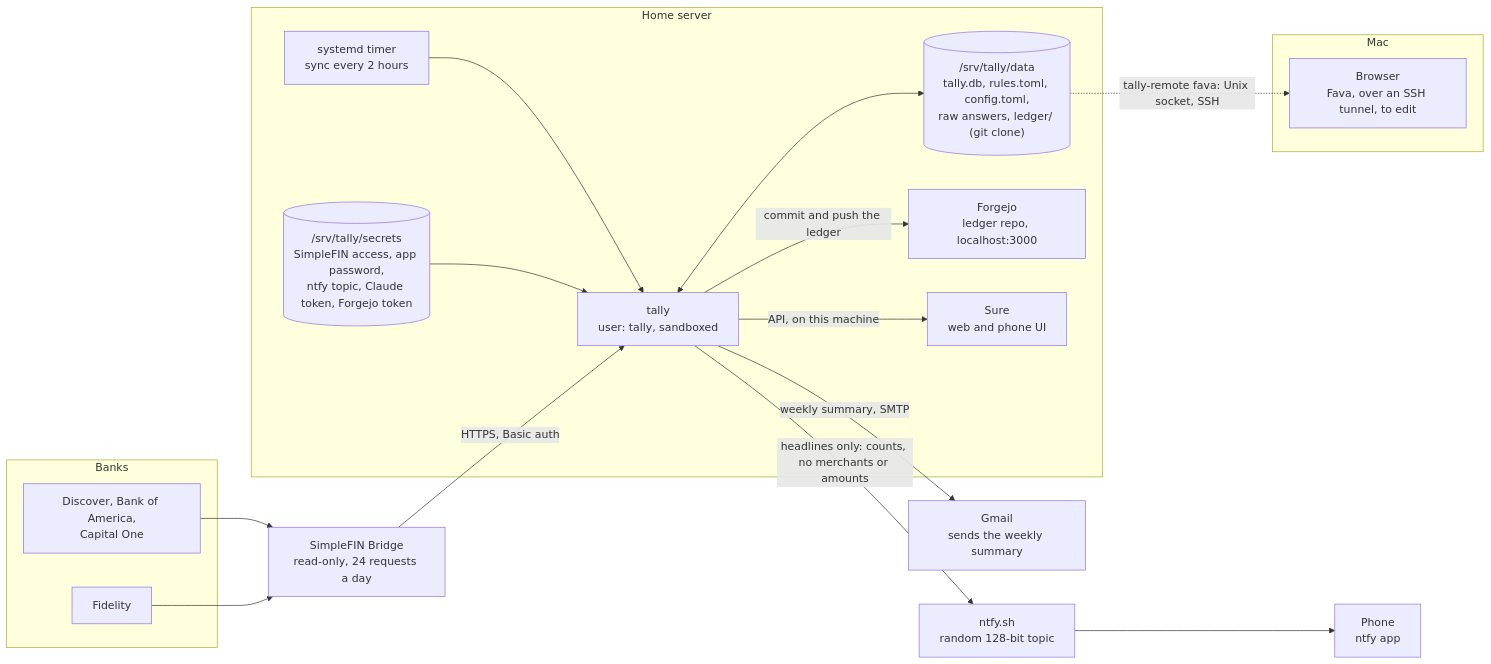
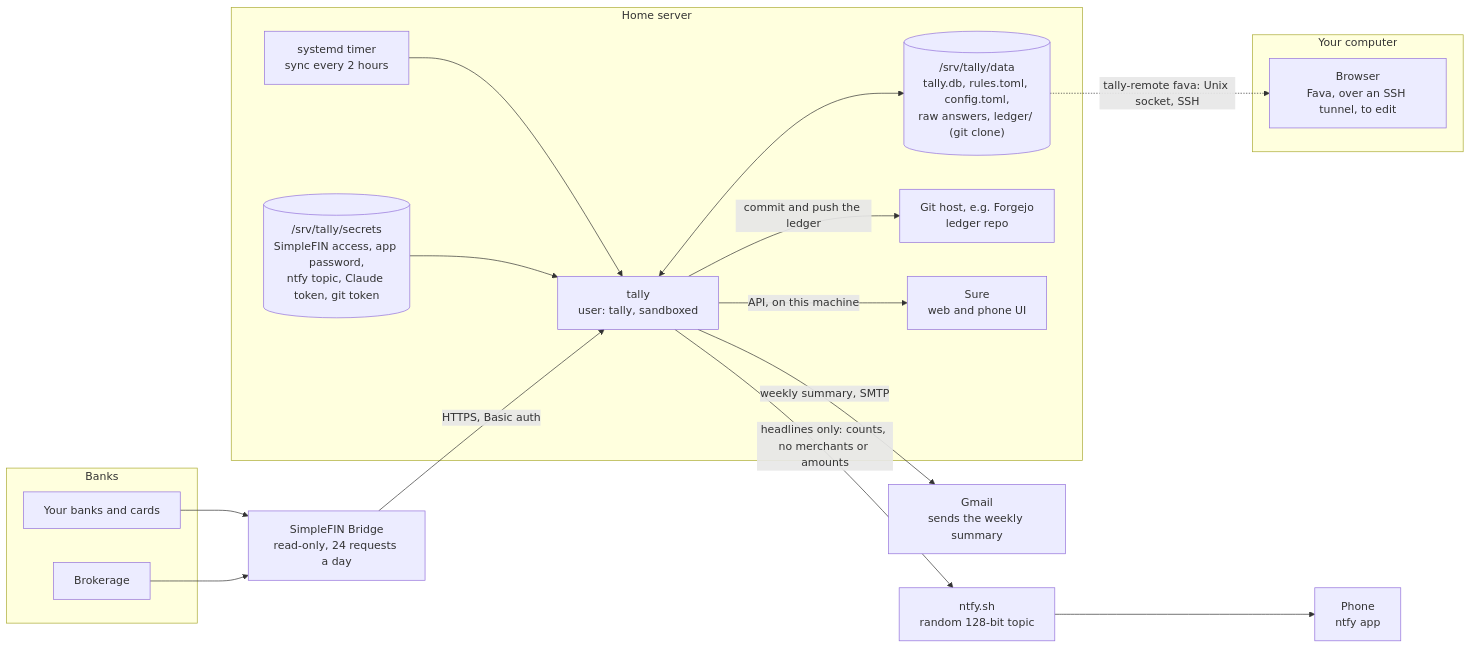
Before and after one commit to vmenon04/tally: the first of 6 diagrams in docs/architecture.md, drawn with Mermaid. The commit also changed other lines of this file and 15 other files, not shown here.

````diff
--- a/docs/architecture.md
+++ b/docs/architecture.md
@@ -11,39 +12,39 @@
 ```mermaid
 flowchart LR
     subgraph banks["Banks"]
-        bank["Discover, Bank of America,<br/>Capital One"]
-        fidelity["Fidelity"]
+        bank["Your banks and cards"]
+        fidelity["Brokerage"]
     end
 
     simplefin["SimpleFIN Bridge<br/>read-only, 24 requests a day"]
 
     subgraph server["Home server"]
         timer["systemd timer<br/>sync every 2 hours"]
         tally["tally<br/>user: tally, sandboxed"]
         data[("/srv/tally/data<br/>tally.db, rules.toml, config.toml,<br/>raw answers, ledger/ (git clone)")]
-        secrets[("/srv/tally/secrets<br/>SimpleFIN access, app password,<br/>ntfy topic, Claude token, Forgejo token")]
-        forgejo["Forgejo<br/>ledger repo, localhost:3000"]
+        secrets[("/srv/tally/secrets<br/>SimpleFIN access, app password,<br/>ntfy topic, Claude token, git token")]
+        forgejo["Git host, e.g. Forgejo<br/>ledger repo"]
         sure["Sure<br/>web and phone UI"]
     end
 
-    subgraph mac["Mac"]
+    subgraph mac["Your computer"]
         fava_view["Browser<br/>Fava, over an SSH tunnel, to edit"]
     end
 
     gmail["Gmail<br/>sends the weekly summary"]
     ntfy["ntfy.sh<br/>random 128-bit topic"]
     phone["Phone<br/>ntfy app"]
 
     bank --> simplefin
     fidelity --> simplefin
     timer --> tally
     simplefin -- "HTTPS, Basic auth" --> tally
     tally <--> data
     secrets --> tally
     tally -- "commit and push the ledger" --> forgejo
     tally -- "API, on this machine" --> sure
     data -. "tally-remote fava: Unix socket, SSH" .-> fava_view
     tally -- "weekly summary, SMTP" --> gmail
     tally -- "headlines only: counts, no merchants or amounts" --> ntfy
     ntfy --> phone
 ```
````
